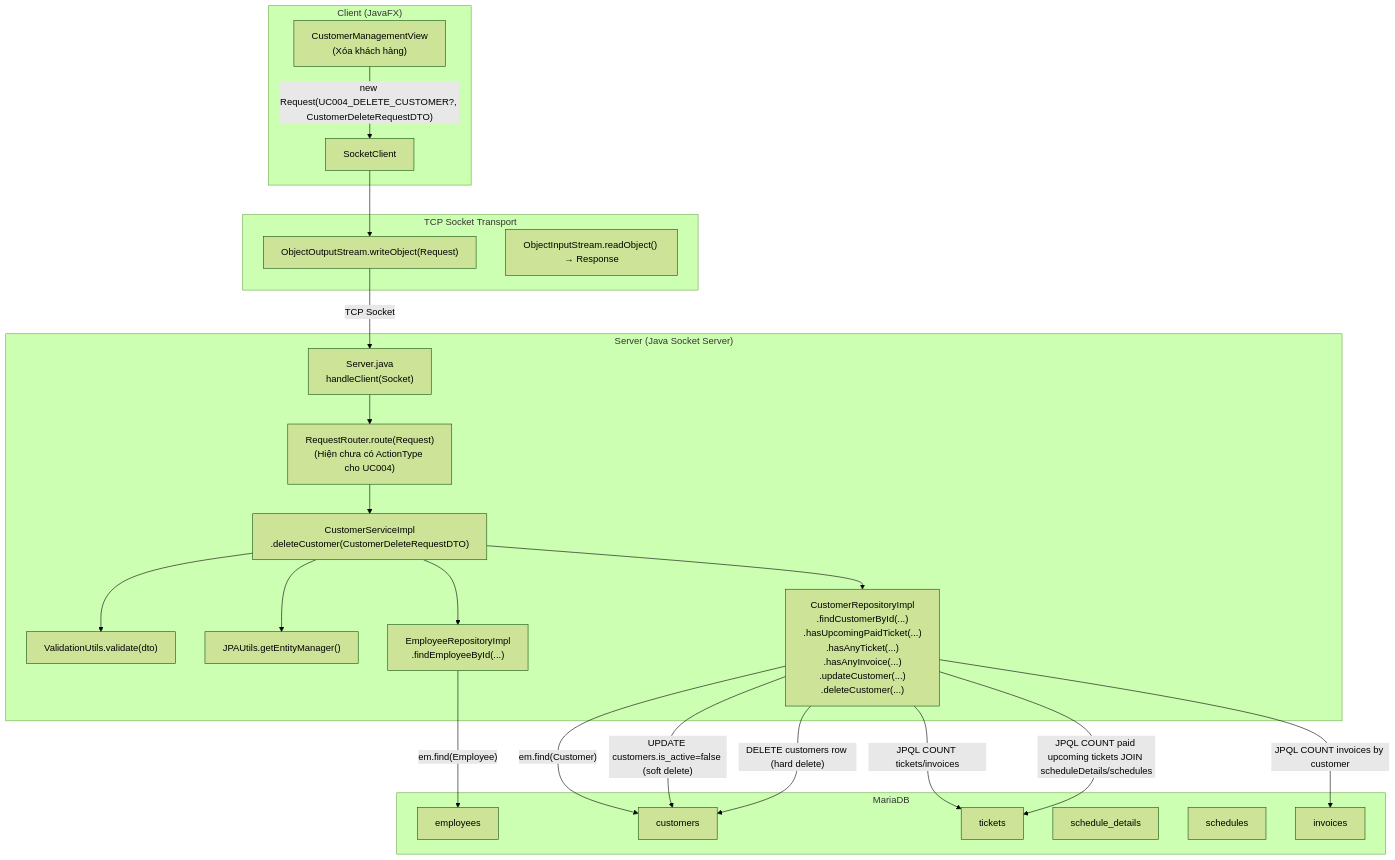
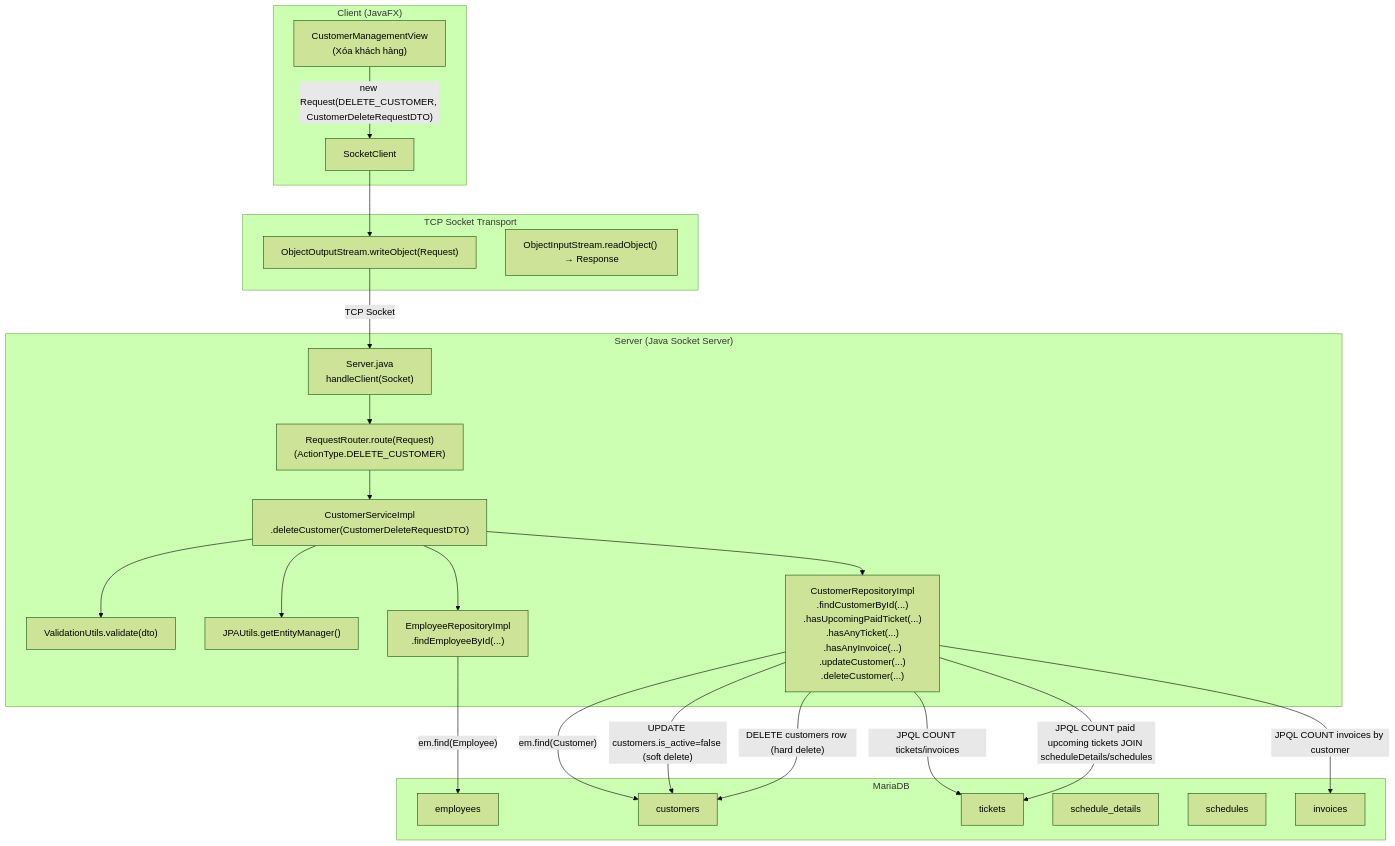
The first of 3 diagrams in docs/diagrams/sequence/uc004-xoa-khach-hang.md (Distributed-Programing-Project/railway-reservation-system-server), drawn with Mermaid (forest theme) before and after one commit. The commit also changed other lines of this file and 5 other files, not shown here.

Commit message:
refactor: remove all emoji in sequence

````diff
--- a/docs/diagrams/sequence/uc004-xoa-khach-hang.md
+++ b/docs/diagrams/sequence/uc004-xoa-khach-hang.md
@@ -7,50 +7,50 @@
 ```mermaid
 graph TB
     subgraph CLIENT ["Client (JavaFX)"]
         UI["CustomerManagementView\n(Xóa khách hàng)"]
         SC["SocketClient"]
     end
 
     subgraph TRANSPORT ["TCP Socket Transport"]
         OOS["ObjectOutputStream.writeObject(Request)"]
         OIS["ObjectInputStream.readObject() → Response"]
     end
 
     subgraph SERVER ["Server (Java Socket Server)"]
         SRV["Server.java\nhandleClient(Socket)"]
-        RR["RequestRouter.route(Request)\n(Hiện chưa có ActionType cho UC004)"]
+        RR["RequestRouter.route(Request)\n(ActionType.DELETE_CUSTOMER)"]
         SVC["CustomerServiceImpl\n.deleteCustomer(CustomerDeleteRequestDTO)"]
         VAL["ValidationUtils.validate(dto)"]
         JPA["JPAUtils.getEntityManager()"]
         C_REPO["CustomerRepositoryImpl\n.findCustomerById(...)\n.hasUpcomingPaidTicket(...)\n.hasAnyTicket(...)\n.hasAnyInvoice(...)\n.updateCustomer(...)\n.deleteCustomer(...)"]
         E_REPO["EmployeeRepositoryImpl\n.findEmployeeById(...)"]
     end
 
     subgraph DB ["MariaDB"]
         T_EMP["employees"]
         T_CUS["customers"]
         T_TICKET["tickets"]
         T_SD["schedule_details"]
         T_SCH["schedules"]
         T_INV["invoices"]
     end
 
-    UI -- "new Request(UC004_DELETE_CUSTOMER?, CustomerDeleteRequestDTO)" --> SC
+    UI -- "new Request(DELETE_CUSTOMER, CustomerDeleteRequestDTO)" --> SC
     SC --> OOS
     OOS -- "TCP Socket" --> SRV
     SRV --> RR
     RR --> SVC
 
     SVC --> VAL
     SVC --> JPA
     SVC --> E_REPO
     SVC --> C_REPO
 
     E_REPO -- "em.find(Employee)" --> T_EMP
     C_REPO -- "em.find(Customer)" --> T_CUS
     C_REPO -- "JPQL COUNT tickets/invoices" --> T_TICKET
     C_REPO -- "JPQL COUNT invoices by customer" --> T_INV
     C_REPO -- "JPQL COUNT paid upcoming tickets JOIN scheduleDetails/schedules" --> T_TICKET
     C_REPO -- "UPDATE customers.is_active=false (soft delete)" --> T_CUS
     C_REPO -- "DELETE customers row (hard delete)" --> T_CUS
 ```
````
